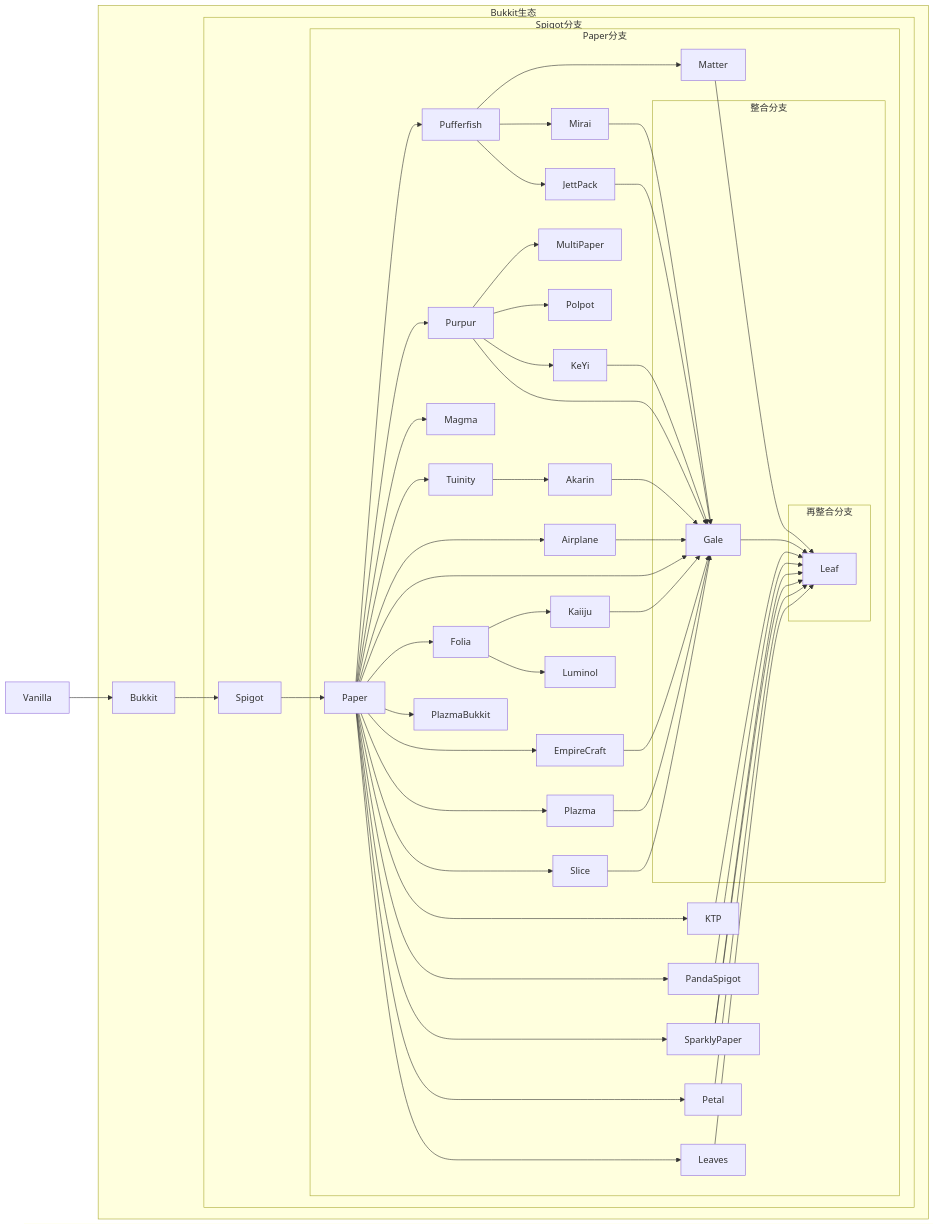
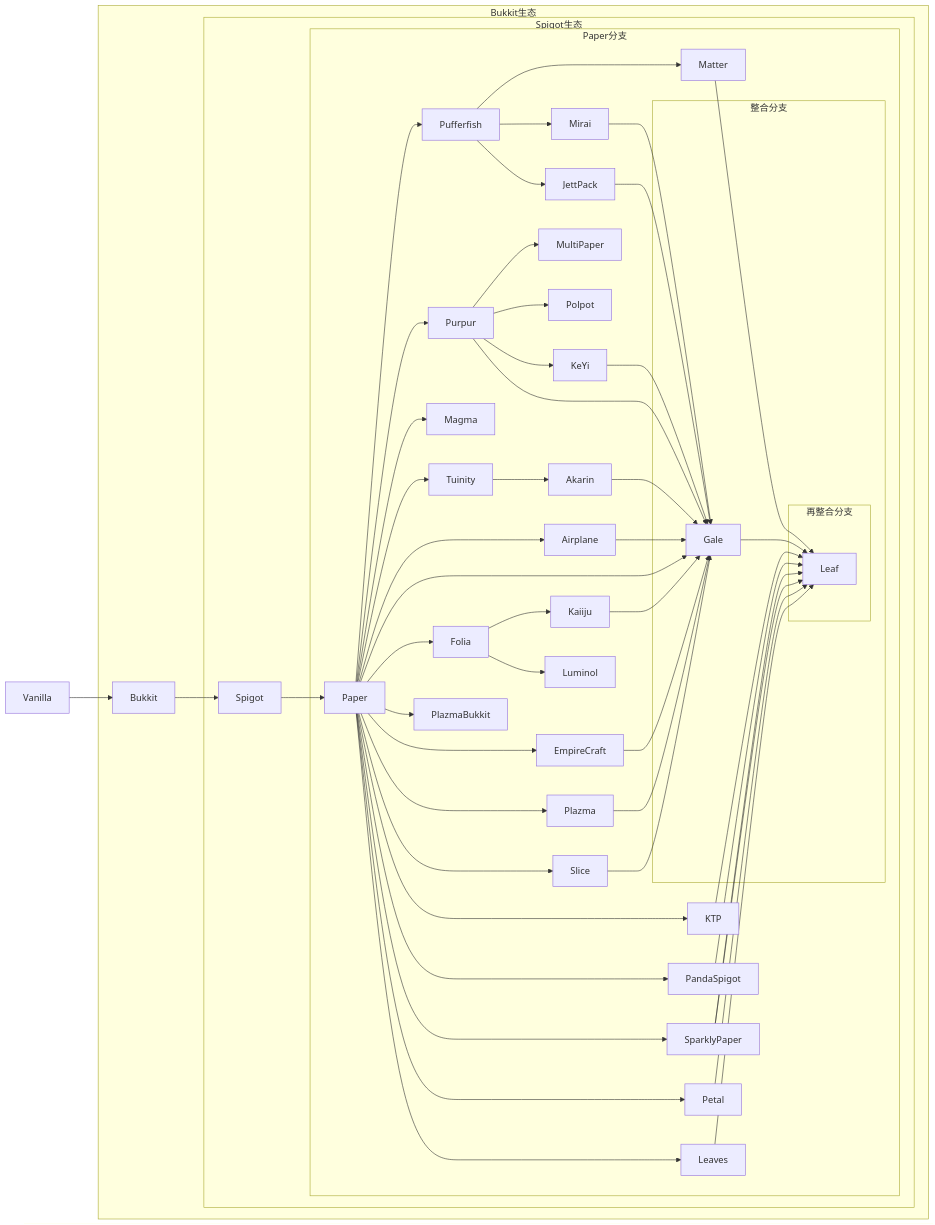
The diagram in docs/zh_CN/JAVA/SpigotSeries/index.md (MSCPO/ServerDocumentation), drawn with Mermaid before and after one commit. The commit also changed 3 other files, not shown here.

````diff
--- a/docs/zh_CN/JAVA/SpigotSeries/index.md
+++ b/docs/zh_CN/JAVA/SpigotSeries/index.md
@@ -9,60 +9,60 @@
 ```mermaid
 graph LR
     Vanilla --> Bukkit
     subgraph Bukkit生态
         Bukkit --> Spigot
-        subgraph Spigot分支
+        subgraph Spigot生态
             Spigot --> Paper
             subgraph Paper分支
                 Paper --> Pufferfish
                 Paper --> Purpur
                 Paper --> Magma
                 Pufferfish --> Matter
                 Paper --> Tuinity
                 Tuinity --> Akarin
                 Akarin --> Gale
                 Purpur --> MultiPaper
                 Paper --> Airplane
                 Pufferfish --> Mirai
                 Paper --> Gale
                 Paper --> Folia
                 Folia --> Kaiiju
                 Paper --> PlazmaBukkit
                 Paper --> EmpireCraft
                 Paper --> Plazma
                 Paper --> Slice
                 Pufferfish --> JettPack
                 Purpur --> Polpot
                 Paper --> KTP
                 Paper --> PandaSpigot
                 Paper --> SparklyPaper
                 Paper --> Petal
                 Folia --> Luminol
                 Paper --> Leaves
                 Purpur --> KeYi
                 Airplane --> Gale
                 Purpur --> Gale
                 Mirai --> Gale
                 Kaiiju --> Gale
                 Plazma --> Gale
                 KeYi --> Gale
                 EmpireCraft --> Gale
                 Slice --> Gale
                 Petal --> Leaf
                 JettPack --> Gale
                 SparklyPaper --> Leaf
                 Leaves --> Leaf
                 SparklyPaper --> Leaf
                 PandaSpigot --> Leaf
                 Matter --> Leaf
                 KTP --> Leaf
                 subgraph 整合分支
                     Gale --> Leaf
                     subgraph 再整合分支
                         Leaf
                     end
                 end
             end
         end
     end
 ```
````
